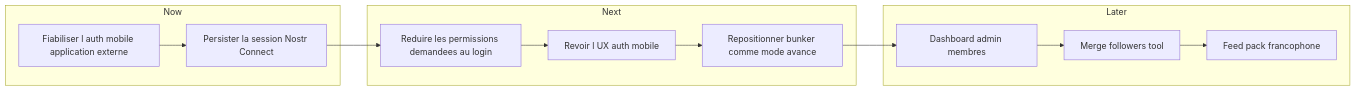
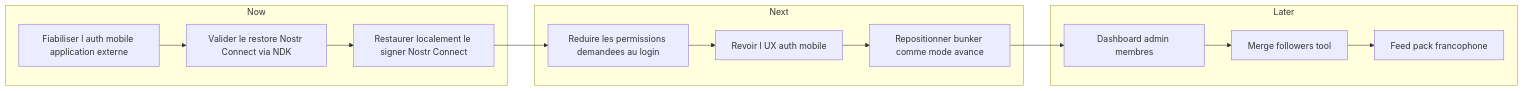
The diagram in docs/product/roadmap.md (maxiim3/nostr-tools-ng-app), drawn with Mermaid before and after one commit. The commit also changed other lines of this file and 9 other files, not shown here.

Commit message:
feat: add local restore for nostr connect without backend session

````diff
--- a/docs/product/roadmap.md
+++ b/docs/product/roadmap.md
@@ -27,22 +27,23 @@
 ```mermaid
 flowchart LR
   subgraph Now[Now]
     A1[Fiabiliser l auth mobile application externe]
-    A2[Persister la session Nostr Connect]
+    A2[Valider le restore Nostr Connect via NDK]
+    A3[Restaurer localement le signer Nostr Connect]
   end
 
   subgraph Next[Next]
     B1[Reduire les permissions demandees au login]
     B2[Revoir l UX auth mobile]
     B3[Repositionner bunker comme mode avance]
   end
 
   subgraph Later[Later]
     C1[Dashboard admin membres]
     C2[Merge followers tool]
     C3[Feed pack francophone]
   end
 
-  A1 --> A2 --> B1 --> B2 --> B3 --> C1
+  A1 --> A2 --> A3 --> B1 --> B2 --> B3 --> C1
   C1 --> C2 --> C3
 ```
````
